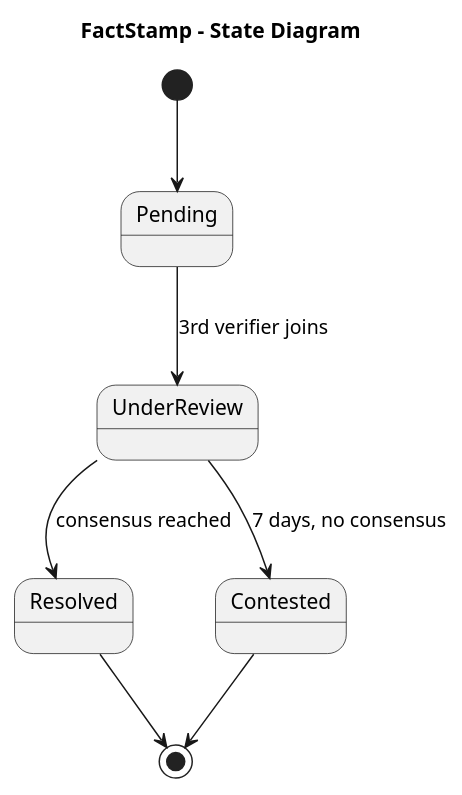
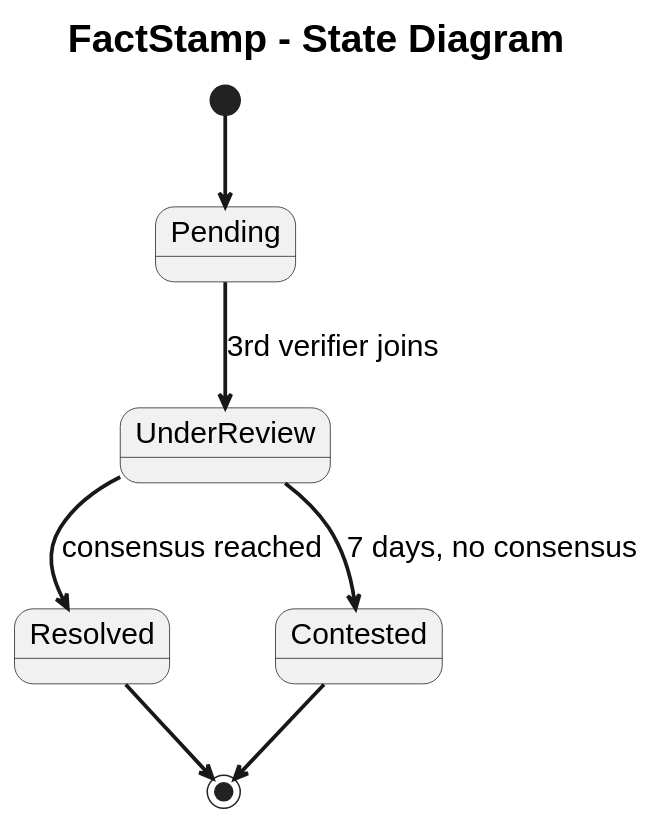
Before and after one commit to aadish0day/typst: the ninth of 12 diagrams in FactStamp/Rules/Diagram-rules.md, drawn with PlantUML. The commit also changed other lines of this file and 67 other files, not shown here.

````diff
--- a/FactStamp/Rules/Diagram-rules.md
+++ b/FactStamp/Rules/Diagram-rules.md
@@ -317,15 +391,20 @@
 ```plantuml
 @startuml
 skinparam style strictuml
 skinparam monochrome true
-skinparam defaultFontName "Times New Roman"
+skinparam defaultFontName "Liberation Sans"
+skinparam defaultFontSize 20
+skinparam defaultFontStyle bold
+skinparam titleFontSize 26
+skinparam titleFontStyle bold
+skinparam ArrowThickness 2.5
 title FactStamp - State Diagram
 
 [*] --> Pending
 Pending --> UnderReview : 3rd verifier joins
 UnderReview --> Resolved : consensus reached
 UnderReview --> Contested : 7 days, no consensus
 Resolved --> [*]
 Contested --> [*]
 @enduml
 ```
````
